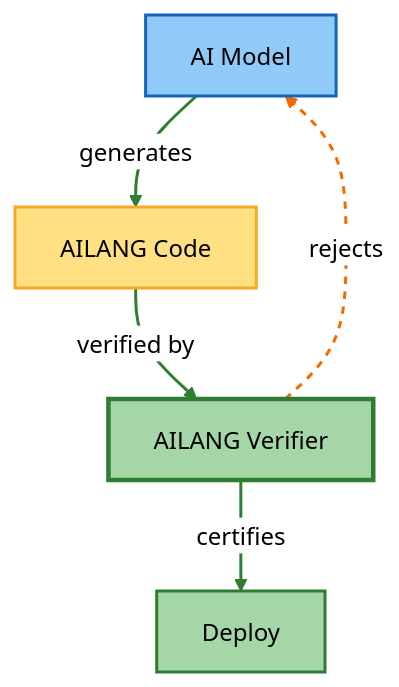
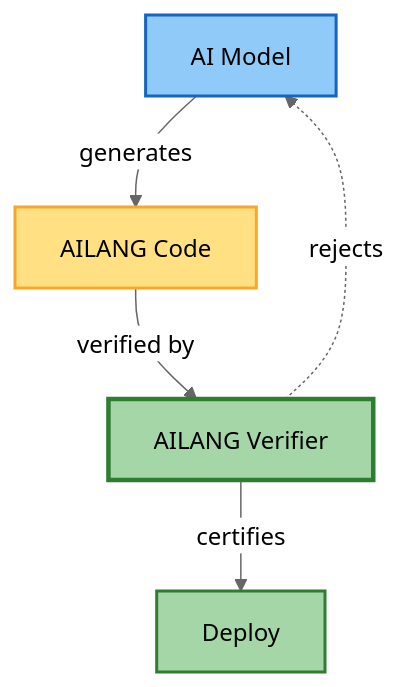
One commit to sunholo-data/ailang changed the third of 3 diagrams in docs/docs/guides/ailang-vs-agents.mdx. Above: the diagram before and after it, drawn with Mermaid. The commit also changed other lines of this file and 42 other files, not shown here.

````diff
--- a/docs/docs/guides/ailang-vs-agents.mdx
+++ b/docs/docs/guides/ailang-vs-agents.mdx
@@ -242,16 +79,12 @@
 ```mermaid
 %%{init: {'theme': 'neutral'}}%%
 graph TD
     A["AI Model"] -->|generates| B["AILANG Code"]
     B -->|verified by| D["AILANG Verifier"]
     D -->|certifies| C["Deploy"]
     D -.->|rejects| A
-
     style A fill:#90caf9,stroke:#1565c0,stroke-width:2px
     style B fill:#ffe082,stroke:#f9a825,stroke-width:2px
     style C fill:#a5d6a7,stroke:#2e7d32,stroke-width:2px
     style D fill:#a5d6a7,stroke:#2e7d32,stroke-width:3px
-
-    linkStyle 0,1,2 stroke:#2e7d32,stroke-width:2px
-    linkStyle 3 stroke:#ef6c00,stroke-width:2px,stroke-dasharray:5
 ```
````
